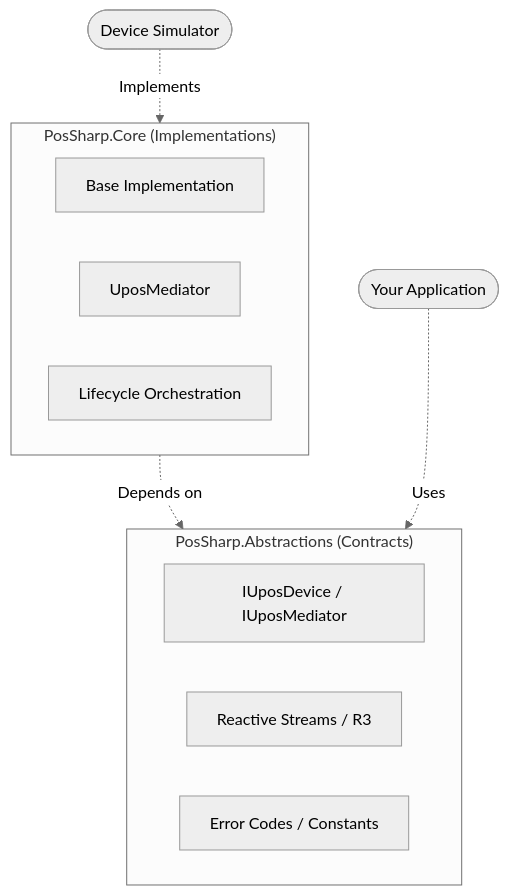
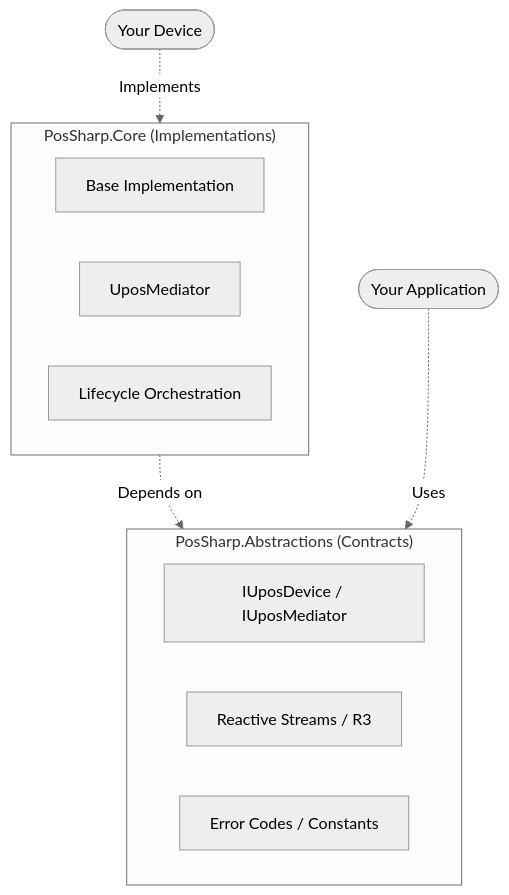
One commit to w-red/PosSharp changed the first of 2 diagrams in README.md. Above: the diagram before and after it, drawn with Mermaid (neutral theme).

Commit message:
docs: rename 'Device Simulator' to 'Your Device' in architecture diagram

````diff
--- a/README.md
+++ b/README.md
@@ -56,21 +56,21 @@
 ```mermaid
 graph TD
     subgraph Core ["PosSharp.Core (Implementations)"]
         CoreLogic[Base Implementation]
         MediatorImpl[UposMediator]
         LifecycleLogic[Lifecycle Orchestration]
     end
 
     subgraph Abstractions ["PosSharp.Abstractions (Contracts)"]
         Interfaces[IUposDevice / IUposMediator]
         Reactive[Reactive Streams / R3]
         Enums[Error Codes / Constants]
     end
 
     %% Dependency relationship
     Core -.->|Depends on| Abstractions
     
     %% Usage Patterns
     App([Your Application]) -.->|Uses| Abstractions
-    Sim([Device Simulator]) -.->|Implements| Core
+    Dev([Your Device]) -.->|Implements| Core
 ```
````
